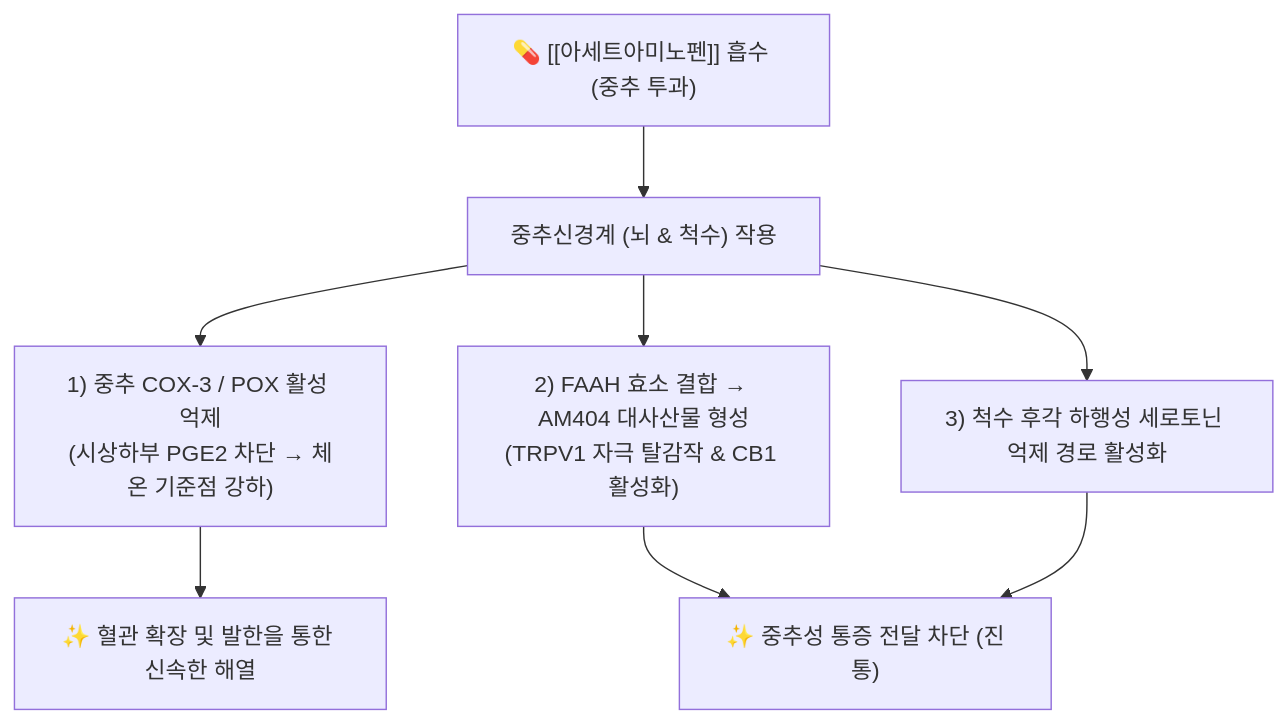
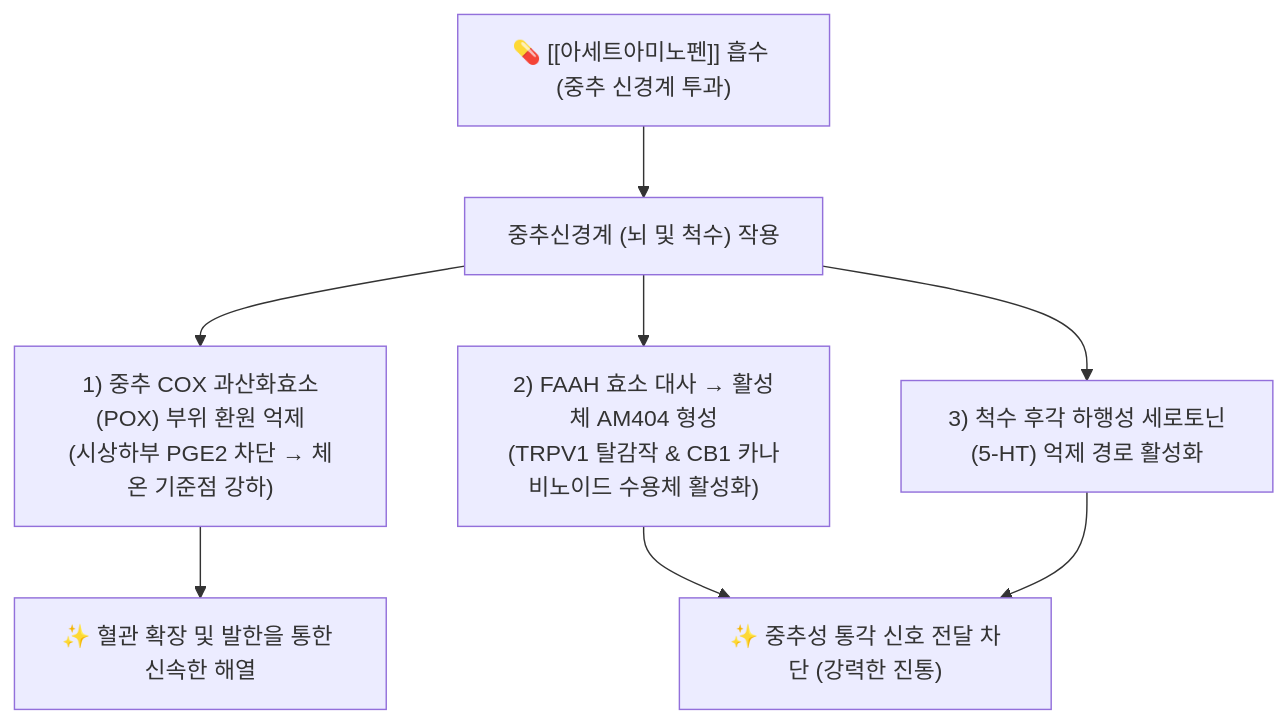
One commit to simbio11/simbio-digital-garden2 changed the first of 2 diagrams in content/2. 약리 공부/의약품/01_근골격·진통소염제/아세트아미노펜.md. Above: the diagram before and after it, drawn with Mermaid. The commit also changed other lines of this file and 39 other files, not shown here.

````diff
--- a/content/2. 약리 공부/의약품/01_근골격·진통소염제/아세트아미노펜.md
+++ b/content/2. 약리 공부/의약품/01_근골격·진통소염제/아세트아미노펜.md
@@ -80,12 +68,12 @@
 ```mermaid
 graph TD
-    AAP["💊 [[아세트아미노펜]] 흡수 (중추 투과)"] --> Central["중추신경계 (뇌 & 척수) 작용"]
+    AAP["💊 [[아세트아미노펜]] 흡수 (중추 신경계 투과)"] --> Central["중추신경계 (뇌 및 척수) 작용"]
 
-    Central --> Pathway1["1) 중추 COX-3 / POX 활성 억제<br>(시상하부 PGE2 차단 → 체온 기준점 강하)"]
-    Central --> Pathway2["2) FAAH 효소 결합 → AM404 대사산물 형성<br>(TRPV1 자극 탈감작 & CB1 활성화)"]
-    Central --> Pathway3["3) 척수 후각 하행성 세로토닌 억제 경로 활성화"]
+    Central --> Pathway1["1) 중추 COX 과산화효소(POX) 부위 환원 억제<br>(시상하부 PGE2 차단 → 체온 기준점 강하)"]
+    Central --> Pathway2["2) FAAH 효소 대사 → 활성체 AM404 형성<br>(TRPV1 탈감작 & CB1 카나비노이드 수용체 활성화)"]
+    Central --> Pathway3["3) 척수 후각 하행성 세로토닌(5-HT) 억제 경로 활성화"]
 
     Pathway1 --> Antipyresis["✨ 혈관 확장 및 발한을 통한 신속한 해열"]
-    Pathway2 --> Analgesia["✨ 중추성 통증 전달 차단 (진통)"]
+    Pathway2 --> Analgesia["✨ 중추성 통각 신호 전달 차단 (강력한 진통)"]
     Pathway3 --> Analgesia
 ```
````
